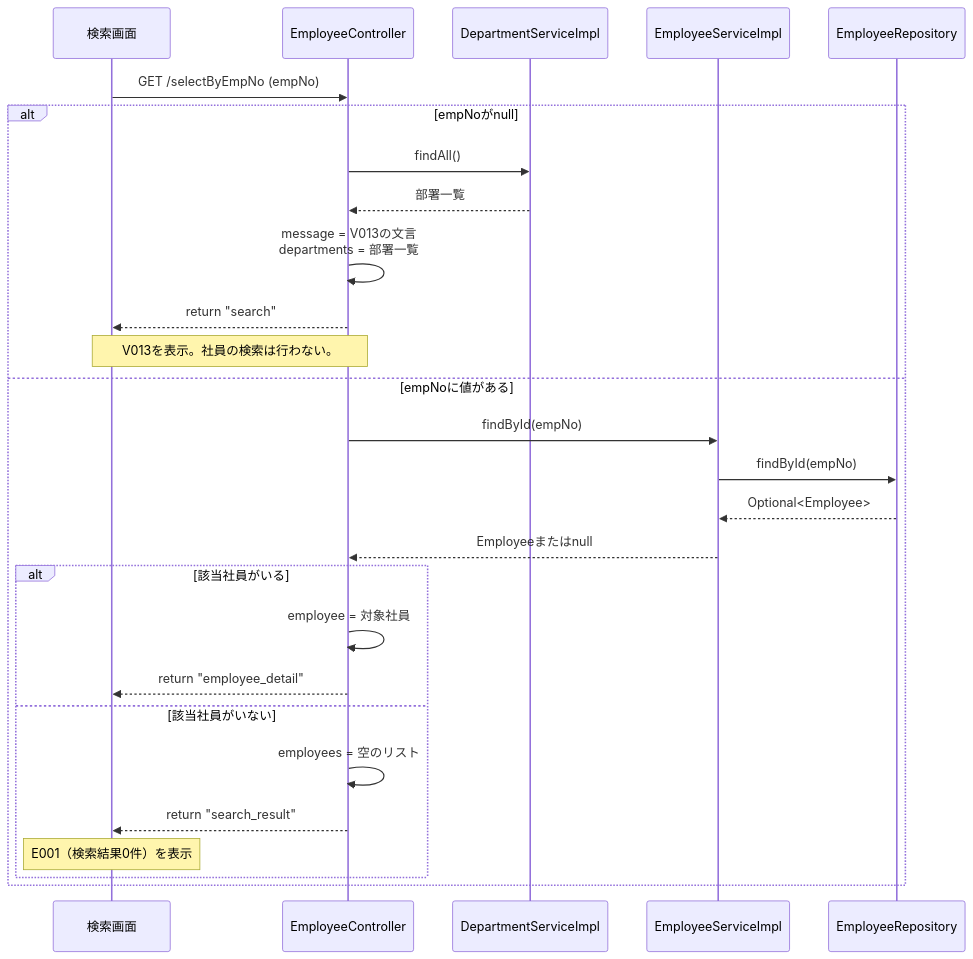
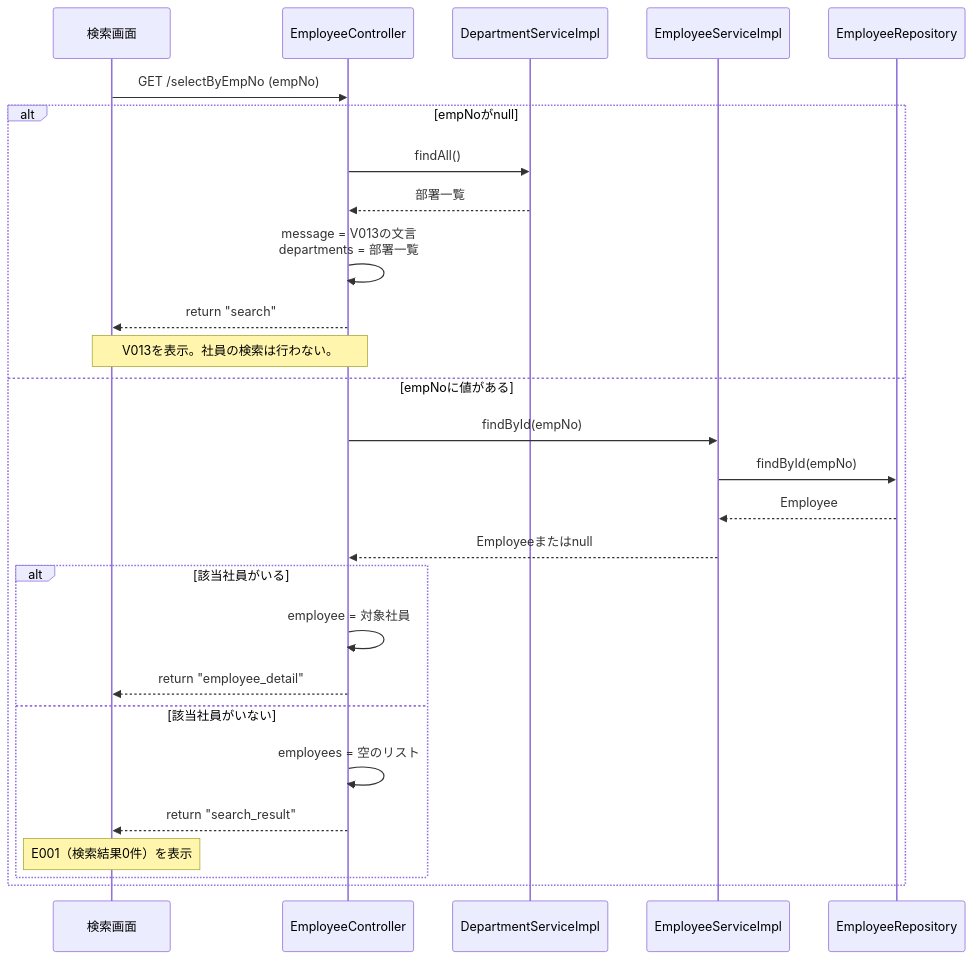
Diagram 24 of 29 in EIMS_Comprehensive_Exercise_Guide.md (juyeongjung1/NewEIMS), drawn with Mermaid before and after one commit. The commit also changed other lines of this file and 5 other files, not shown here.

````diff
--- a/EIMS_Comprehensive_Exercise_Guide.md
+++ b/EIMS_Comprehensive_Exercise_Guide.md
@@ -1988,30 +1987,30 @@
 ```mermaid
 sequenceDiagram
     participant View as 検索画面
     participant Ctrl as EmployeeController
     participant DSvc as DepartmentServiceImpl
     participant Svc as EmployeeServiceImpl
     participant Rep as EmployeeRepository
 
     View ->> Ctrl: GET /selectByEmpNo (empNo)
     alt empNoがnull
         Ctrl ->> DSvc: findAll()
         DSvc -->> Ctrl: 部署一覧
         Ctrl ->> Ctrl: message = V013の文言<br/>departments = 部署一覧
         Ctrl -->> View: return "search"
         Note over View,Ctrl: V013を表示。社員の検索は行わない。
     else empNoに値がある
         Ctrl ->> Svc: findById(empNo)
         Svc ->> Rep: findById(empNo)
-        Rep -->> Svc: Optional<Employee>
+        Rep -->> Svc: Employee
         Svc -->> Ctrl: Employeeまたはnull
         alt 該当社員がいる
             Ctrl ->> Ctrl: employee = 対象社員
             Ctrl -->> View: return "employee_detail"
         else 該当社員がいない
             Ctrl ->> Ctrl: employees = 空のリスト
             Ctrl -->> View: return "search_result"
             Note over View: E001（検索結果0件）を表示
         end
     end
 ```
````
